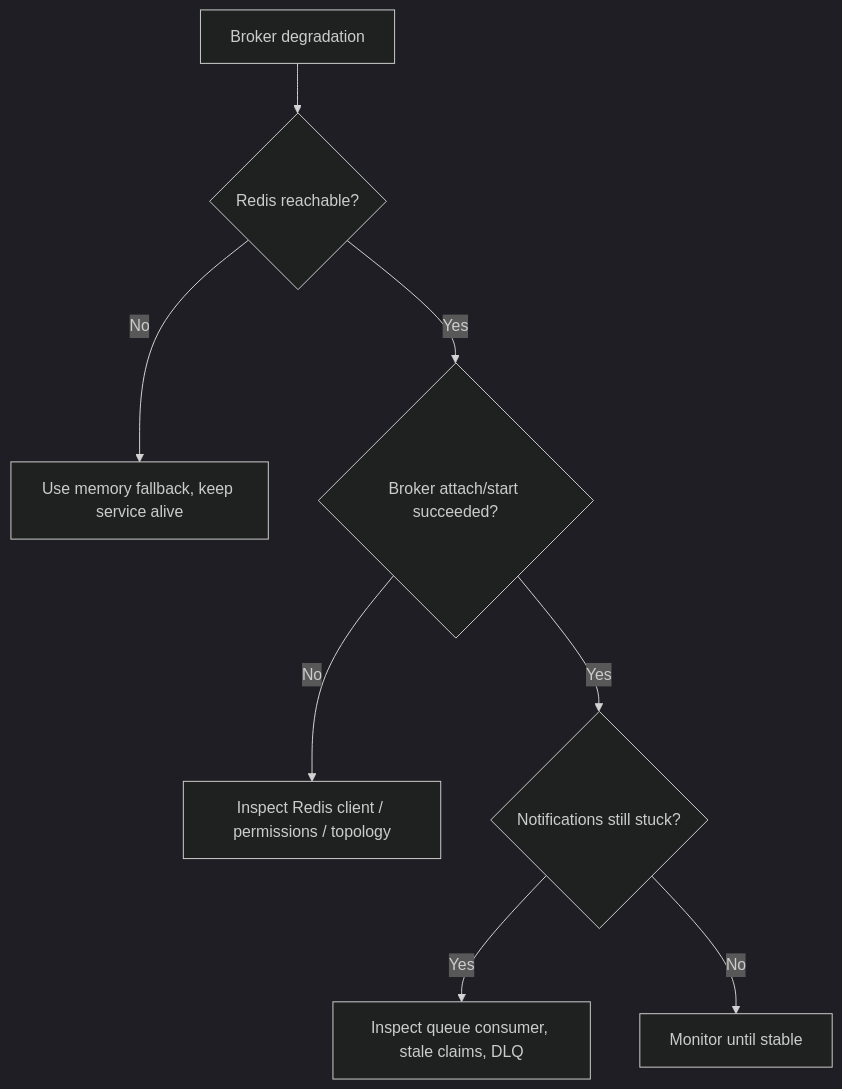
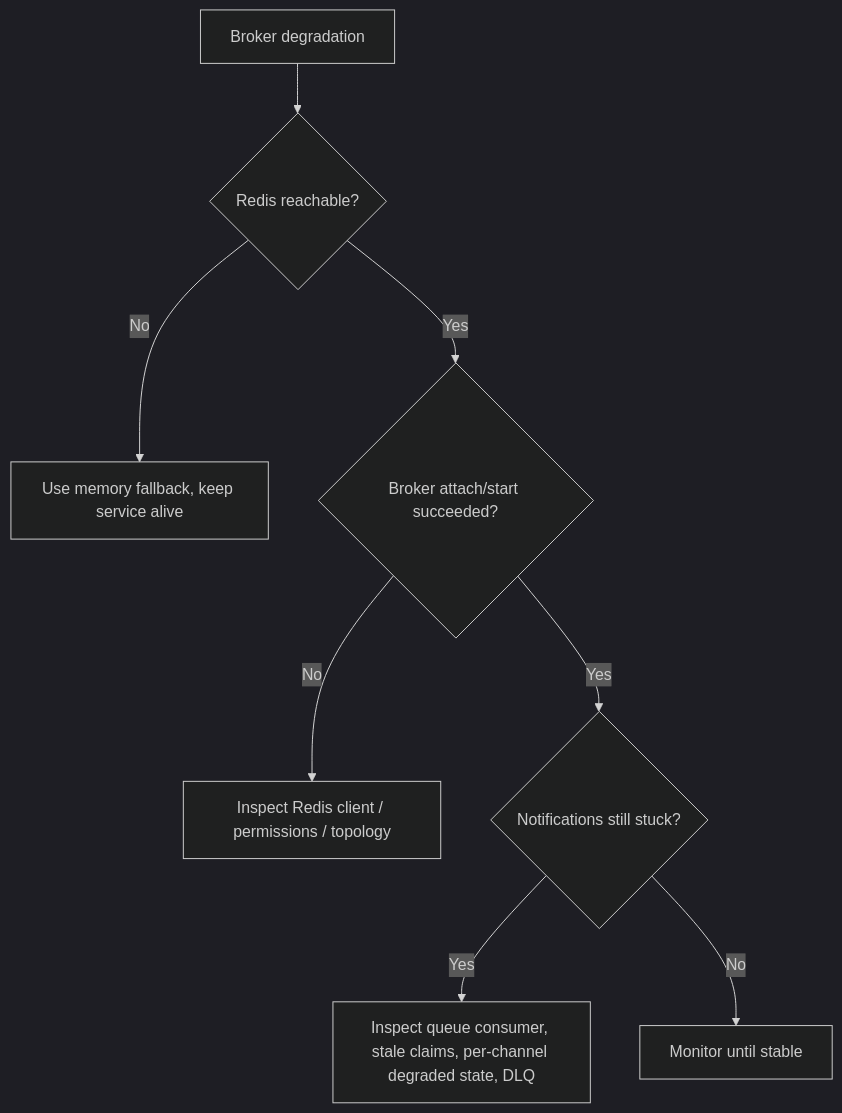
The diagram in docs/runbooks/broker-degradation.md (padka/HR), drawn with Mermaid (dark theme) before and after one commit. The commit also changed other lines of this file and 18 other files, not shown here.

````diff
--- a/docs/runbooks/broker-degradation.md
+++ b/docs/runbooks/broker-degradation.md
@@ -52,10 +55,10 @@
 ```mermaid
 flowchart TD
   A["Broker degradation"] --> B{"Redis reachable?"}
   B -->|No| C["Use memory fallback, keep service alive"]
   B -->|Yes| D{"Broker attach/start succeeded?"}
   D -->|No| E["Inspect Redis client / permissions / topology"]
   D -->|Yes| F{"Notifications still stuck?"}
-  F -->|Yes| G["Inspect queue consumer, stale claims, DLQ"]
+  F -->|Yes| G["Inspect queue consumer, stale claims, per-channel degraded state, DLQ"]
   F -->|No| H["Monitor until stable"]
 ```
````
